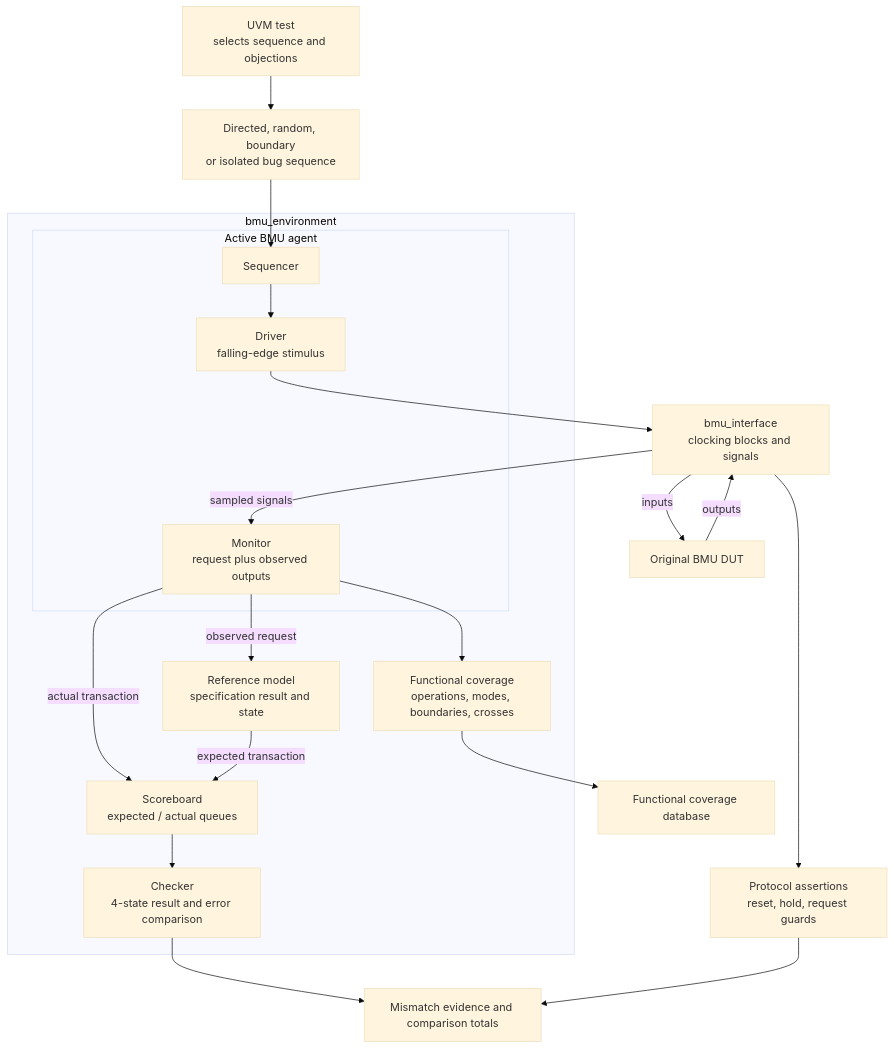
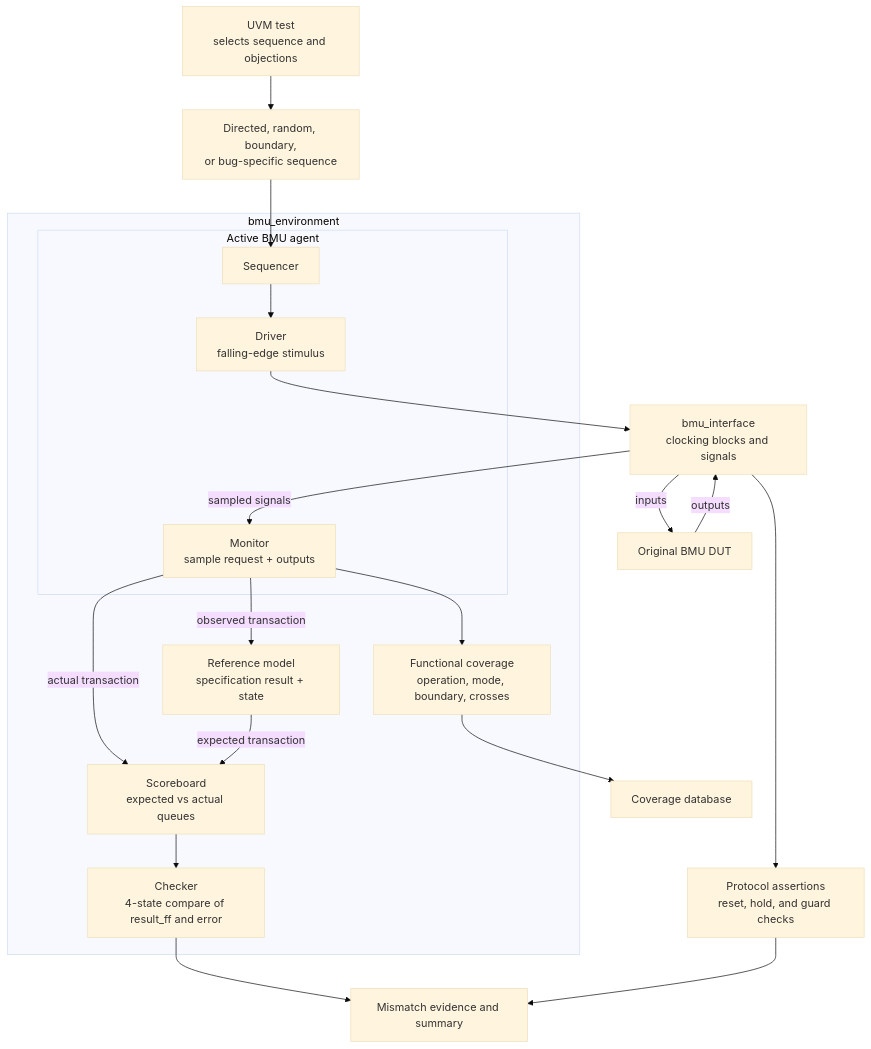
One commit to JHT127/riscv-bmu-verification changed the second of 2 diagrams in README.md. Above: the diagram before and after it, drawn with Mermaid (base theme). The commit also changed other lines of this file, not shown here.

````diff
--- a/README.md
+++ b/README.md
@@ -167,35 +121,40 @@
 ```mermaid
 flowchart TB
     TEST["UVM test<br/>selects sequence and objections"]
-    SEQ["Directed, random, boundary<br/>or isolated bug sequence"]
+    SEQ["Directed, random, boundary,<br/>or bug-specific sequence"]
+
     subgraph ENV["bmu_environment"]
         subgraph AGENT["Active BMU agent"]
             SQR["Sequencer"]
             DRV["Driver<br/>falling-edge stimulus"]
-            MON["Monitor<br/>request plus observed outputs"]
+            MON["Monitor<br/>sample request + outputs"]
             SQR --> DRV
         end
-        REF["Reference model<br/>specification result and state"]
-        SCB["Scoreboard<br/>expected / actual queues"]
-        CHECK["Checker<br/>4-state result and error comparison"]
-        COV["Functional coverage<br/>operations, modes, boundaries, crosses"]
-        MON -->|observed request| REF
+
+        REF["Reference model<br/>specification result + state"]
+        SCB["Scoreboard<br/>expected vs actual queues"]
+        CHECK["Checker<br/>4-state compare of result_ff and error"]
+        COV["Functional coverage<br/>operation, mode, boundary, crosses"]
+
+        MON -->|observed transaction| REF
         MON -->|actual transaction| SCB
         REF -->|expected transaction| SCB
         SCB --> CHECK
         MON --> COV
     end
+
     IF["bmu_interface<br/>clocking blocks and signals"]
     DUT["Original BMU DUT"]
-    SVA["Protocol assertions<br/>reset, hold, request guards"]
+    SVA["Protocol assertions<br/>reset, hold, and guard checks"]
+
     TEST --> SEQ
     SEQ --> SQR
     DRV --> IF
     IF -->|sampled signals| MON
     IF -->|inputs| DUT
     DUT -->|outputs| IF
     IF --> SVA
-    CHECK --> LOG["Mismatch evidence and comparison totals"]
+    CHECK --> LOG["Mismatch evidence and summary"]
     SVA --> LOG
-    COV --> REPORT["Functional coverage database"]
+    COV --> REPORT["Coverage database"]
 ```
````
